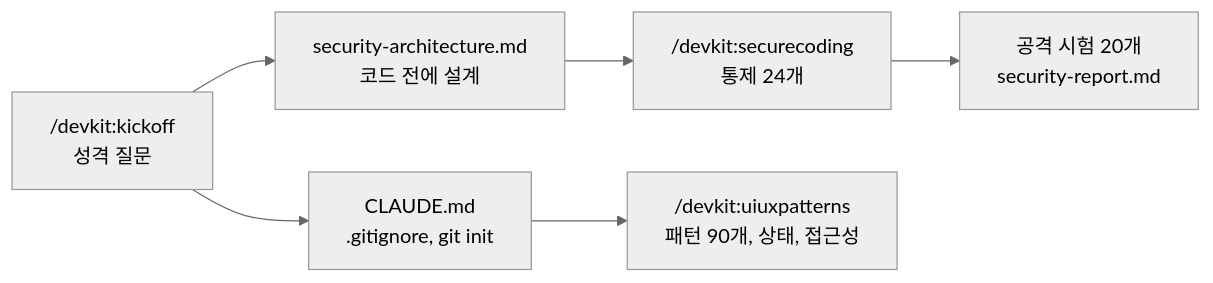
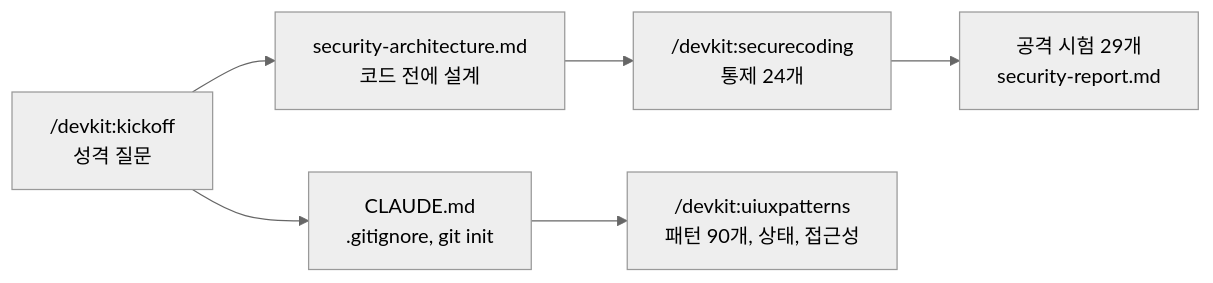
The diagram in README.ko.md (muramasaDev/devkit), drawn with Mermaid (neutral theme) before and after one commit. The commit also changed other lines of this file and 74 other files, not shown here.

````diff
--- a/README.ko.md
+++ b/README.ko.md
@@ -39,8 +39,8 @@
 ```mermaid
 flowchart LR
   A["/devkit:kickoff<br>성격 질문"] --> B["CLAUDE.md<br>.gitignore, git init"]
   A --> C["security-architecture.md<br>코드 전에 설계"]
   C --> D["/devkit:securecoding<br>통제 24개"]
-  D --> E["공격 시험 20개<br>security-report.md"]
+  D --> E["공격 시험 29개<br>security-report.md"]
   B --> F["/devkit:uiuxpatterns<br>패턴 90개, 상태, 접근성"]
 ```
````
